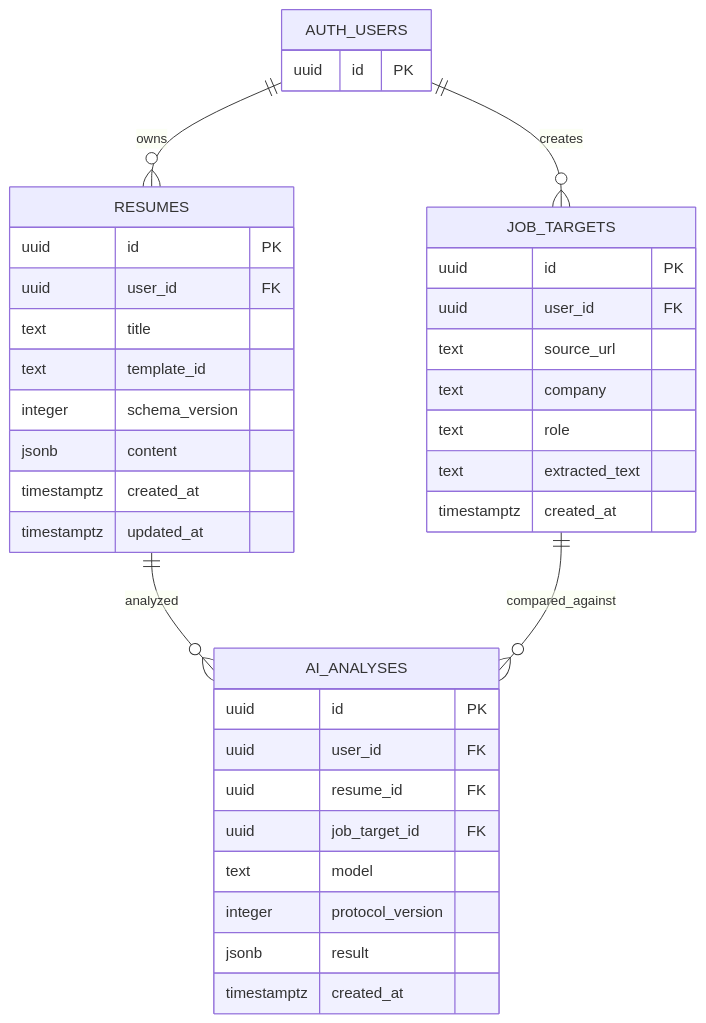
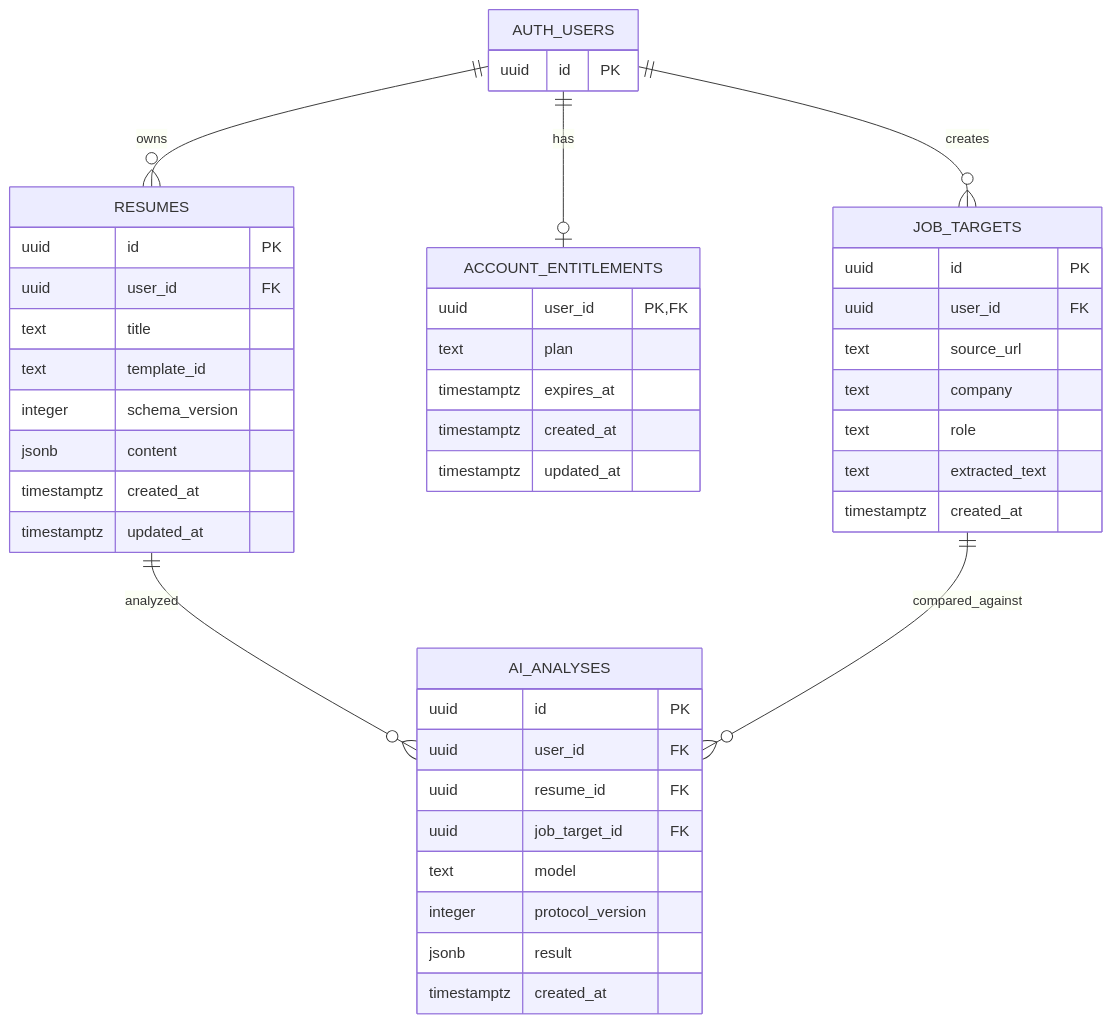
The diagram in docs/ERD.md (BbooKki/cv-copilot), drawn with Mermaid before and after one commit. The commit also changed other lines of this file and 20 other files, not shown here.

Commit message:
Implement account auth and premium cloud saves

````diff
--- a/docs/ERD.md
+++ b/docs/ERD.md
@@ -5,43 +5,52 @@
 ```mermaid
 erDiagram
     AUTH_USERS ||--o{ RESUMES : owns
+    AUTH_USERS ||--o| ACCOUNT_ENTITLEMENTS : has
     AUTH_USERS ||--o{ JOB_TARGETS : creates
     RESUMES ||--o{ AI_ANALYSES : analyzed
     JOB_TARGETS ||--o{ AI_ANALYSES : compared_against
 
     AUTH_USERS {
         uuid id PK
+    }
+
+    ACCOUNT_ENTITLEMENTS {
+        uuid user_id PK, FK
+        text plan
+        timestamptz expires_at
+        timestamptz created_at
+        timestamptz updated_at
     }
 
     RESUMES {
         uuid id PK
         uuid user_id FK
         text title
         text template_id
         integer schema_version
         jsonb content
         timestamptz created_at
         timestamptz updated_at
     }
 
     JOB_TARGETS {
         uuid id PK
         uuid user_id FK
         text source_url
         text company
         text role
         text extracted_text
         timestamptz created_at
     }
 
     AI_ANALYSES {
         uuid id PK
         uuid user_id FK
         uuid resume_id FK
         uuid job_target_id FK
         text model
         integer protocol_version
         jsonb result
         timestamptz created_at
     }
 ```
````
